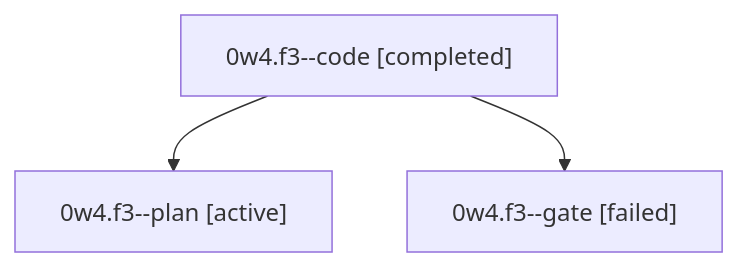
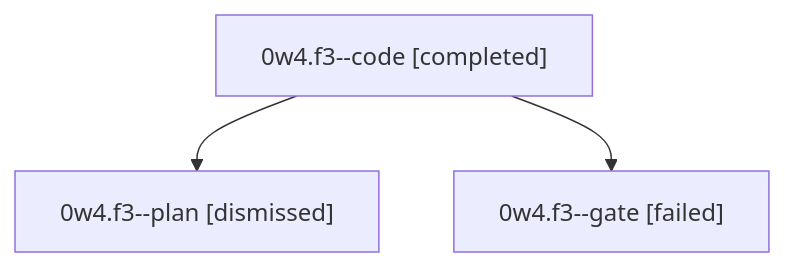
One commit to bobs-org/bob-cli--agents changed the diagram in sessions/bbugyi200.athena.0w4.f3.md. Above: the diagram before and after it, drawn with Mermaid. The commit also changed other lines of this file and 46 other files, not shown here.

````diff
--- a/sessions/bbugyi200.athena.0w4.f3.md
+++ b/sessions/bbugyi200.athena.0w4.f3.md
@@ -9,8 +9,8 @@
 ```mermaid
 flowchart TD
   n0["0w4.f3--code [completed]"]
-  n1["0w4.f3--plan [active]"]
+  n1["0w4.f3--plan [dismissed]"]
   n0 --> n1
   n2["0w4.f3--gate [failed]"]
   n0 --> n2
 ```
````
